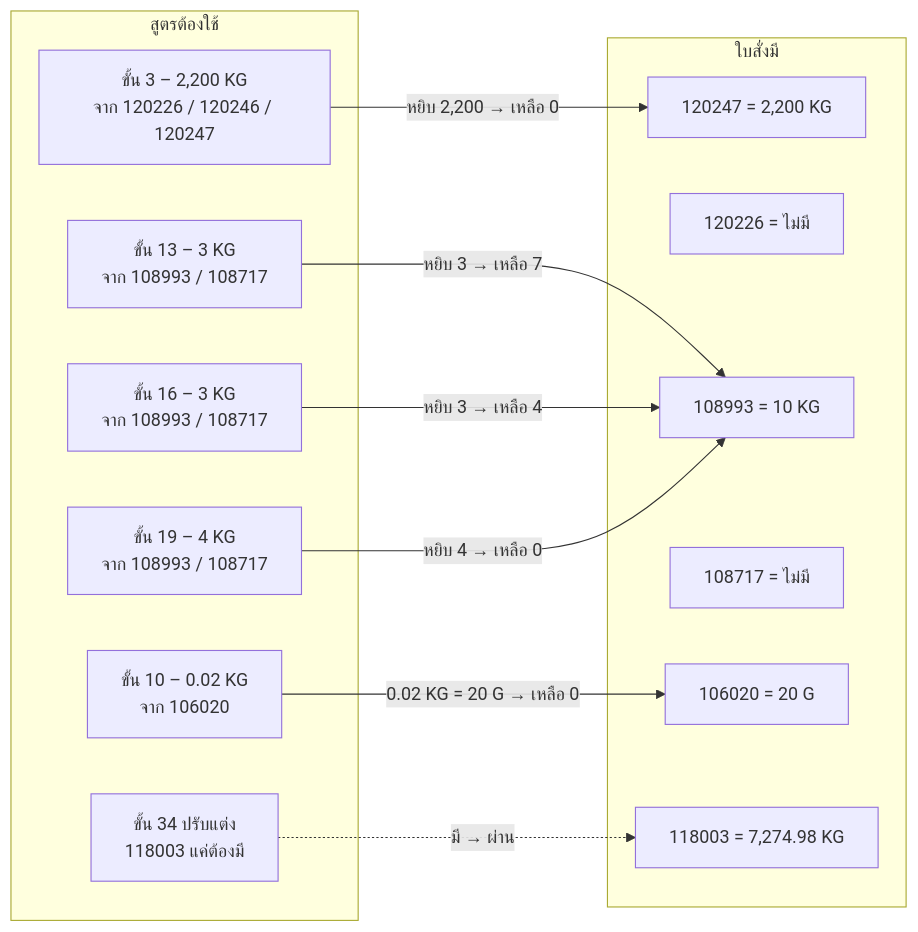
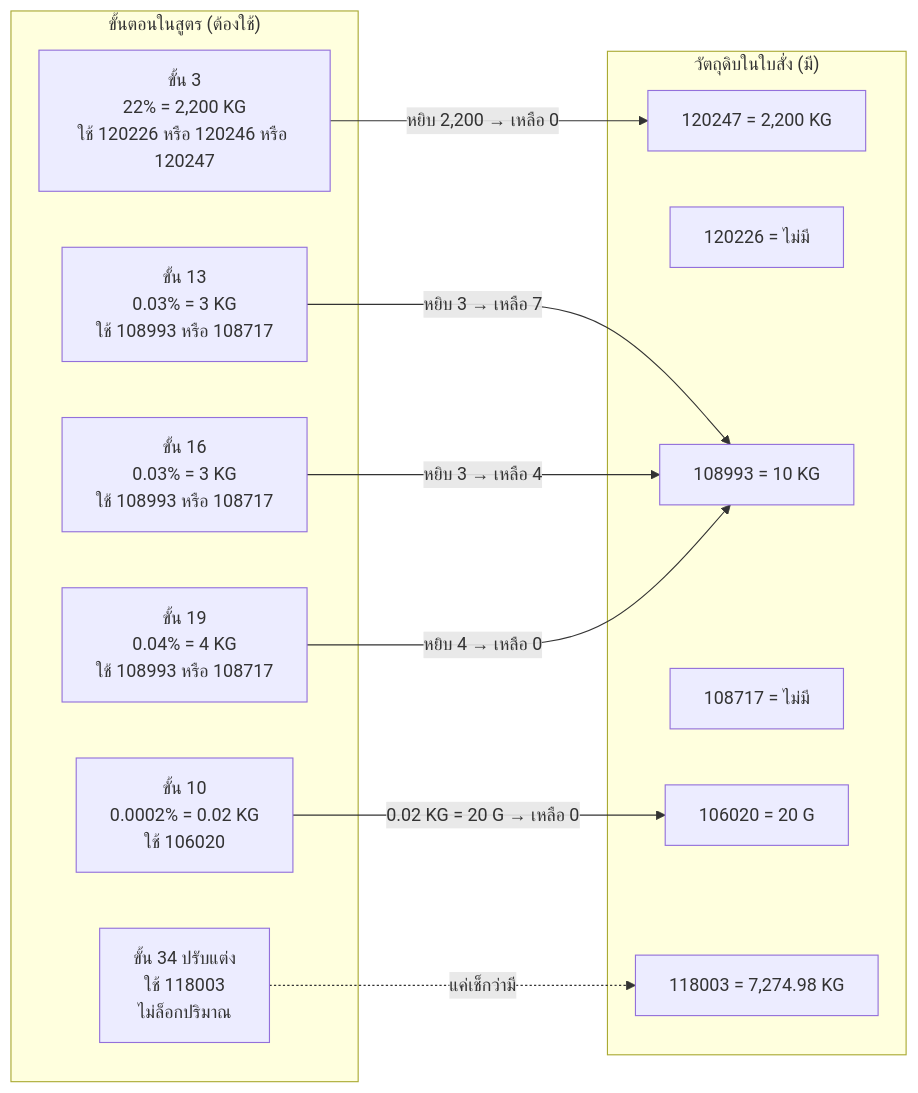
One commit to mosssssssssszx/test changed the fourth of 5 diagrams in README.md. Above: the diagram before and after it, drawn with Mermaid. The commit also changed other lines of this file, not shown here.

````diff
--- a/README.md
+++ b/README.md
@@ -306,27 +334,27 @@
 ```mermaid
 flowchart LR
-    subgraph S["สูตรต้องใช้"]
-        S3["ขั้น 3 – 2,200 KG<br/>จาก 120226 / 120246 / 120247"]
-        S13["ขั้น 13 – 3 KG<br/>จาก 108993 / 108717"]
-        S16["ขั้น 16 – 3 KG<br/>จาก 108993 / 108717"]
-        S19["ขั้น 19 – 4 KG<br/>จาก 108993 / 108717"]
-        S10["ขั้น 10 – 0.02 KG<br/>จาก 106020"]
-        S34["ขั้น 34 ปรับแต่ง<br/>118003 แค่ต้องมี"]
+    subgraph S["ขั้นตอนในสูตร (ต้องใช้)"]
+        S3["ขั้น 3<br/>22% = 2,200 KG<br/>ใช้ 120226 หรือ 120246 หรือ 120247"]
+        S13["ขั้น 13<br/>0.03% = 3 KG<br/>ใช้ 108993 หรือ 108717"]
+        S16["ขั้น 16<br/>0.03% = 3 KG<br/>ใช้ 108993 หรือ 108717"]
+        S19["ขั้น 19<br/>0.04% = 4 KG<br/>ใช้ 108993 หรือ 108717"]
+        S10["ขั้น 10<br/>0.0002% = 0.02 KG<br/>ใช้ 106020"]
+        S34["ขั้น 34 ปรับแต่ง<br/>ใช้ 118003<br/>ไม่ล็อกปริมาณ"]
     end
 
-    subgraph B["ใบสั่งมี"]
+    subgraph B["วัตถุดิบในใบสั่ง (มี)"]
         B247["120247 = 2,200 KG"]
         B226["120226 = ไม่มี"]
         B993["108993 = 10 KG"]
         B717["108717 = ไม่มี"]
         B020["106020 = 20 G"]
         B003["118003 = 7,274.98 KG"]
     end
 
     S3 -- "หยิบ 2,200 → เหลือ 0" --> B247
     S13 -- "หยิบ 3 → เหลือ 7" --> B993
     S16 -- "หยิบ 3 → เหลือ 4" --> B993
     S19 -- "หยิบ 4 → เหลือ 0" --> B993
     S10 -- "0.02 KG = 20 G → เหลือ 0" --> B020
-    S34 -. "มี → ผ่าน" .-> B003
+    S34 -. "แค่เช็กว่ามี" .-> B003
 ```
````
